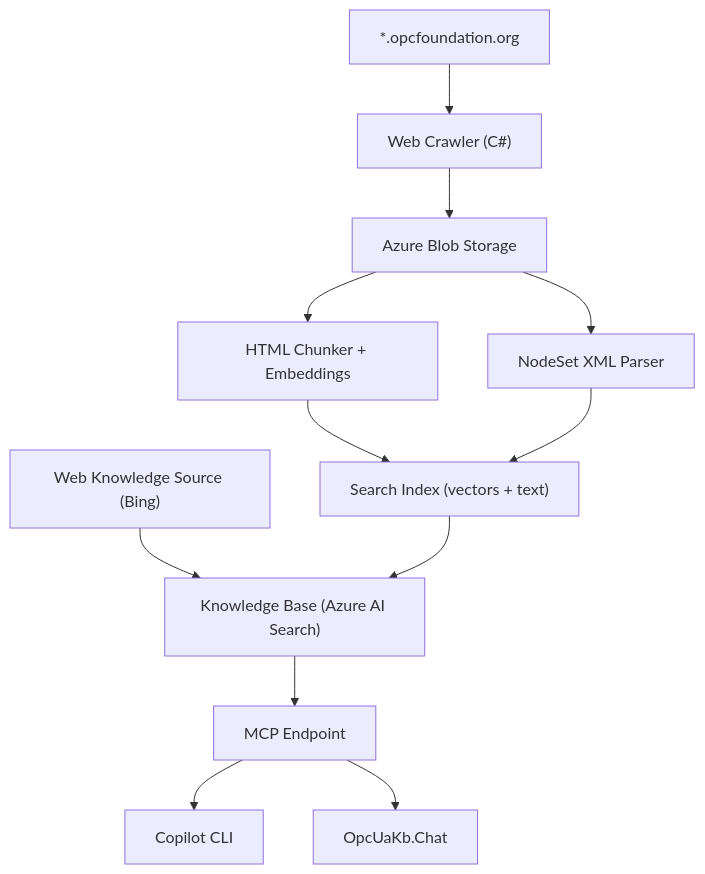
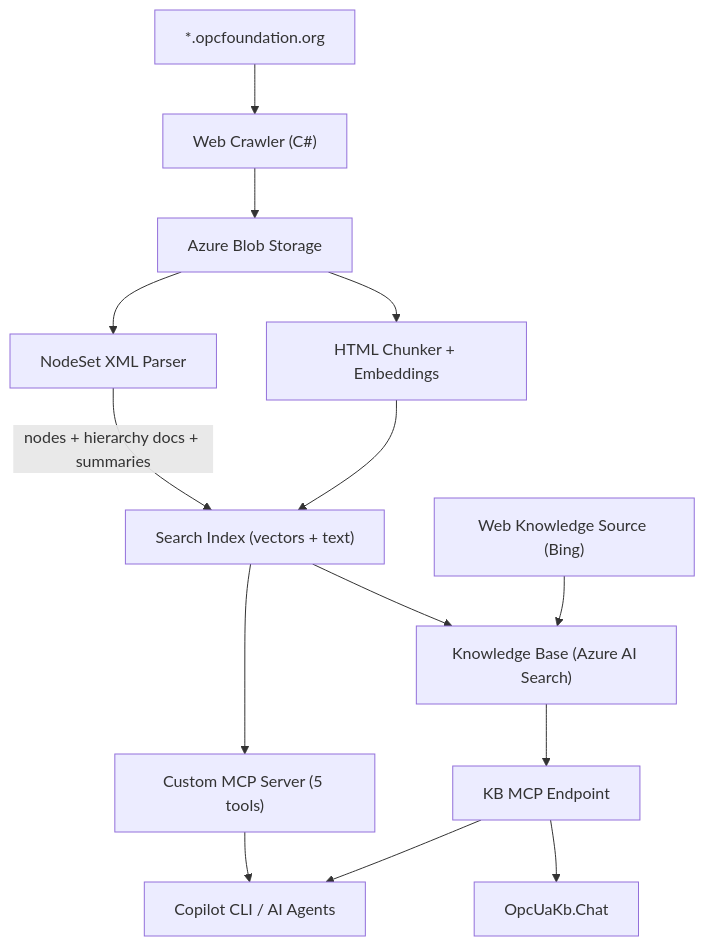
The diagram in README.md (marcschier/OpcUaKb), drawn with Mermaid before and after one commit. The commit also changed other lines of this file and 1 other file, not shown here.

Commit message:
Update README and copilot instructions with MCP server, hierarchy, and structured fields

````diff
--- a/README.md
+++ b/README.md
@@ -7,14 +7,16 @@
 ```mermaid
 graph TD
     OPC["*.opcfoundation.org"] --> Crawler["Web Crawler (C#)"]
     Crawler --> Blob["Azure Blob Storage"]
     Blob --> Chunker["HTML Chunker + Embeddings"]
     Blob --> NodeSet["NodeSet XML Parser"]
     Chunker --> Index["Search Index (vectors + text)"]
-    NodeSet --> Index
+    NodeSet --> |"nodes + hierarchy docs + summaries"| Index
     Bing["Web Knowledge Source (Bing)"] --> KB["Knowledge Base (Azure AI Search)"]
     Index --> KB
-    KB --> MCP["MCP Endpoint"]
-    MCP --> Copilot["Copilot CLI"]
-    MCP --> Chat["OpcUaKb.Chat"]
+    KB --> MCP1["KB MCP Endpoint"]
+    Index --> McpServer["Custom MCP Server (5 tools)"]
+    MCP1 --> Copilot["Copilot CLI / AI Agents"]
+    McpServer --> Copilot
+    MCP1 --> Chat["OpcUaKb.Chat"]
 ```
````
